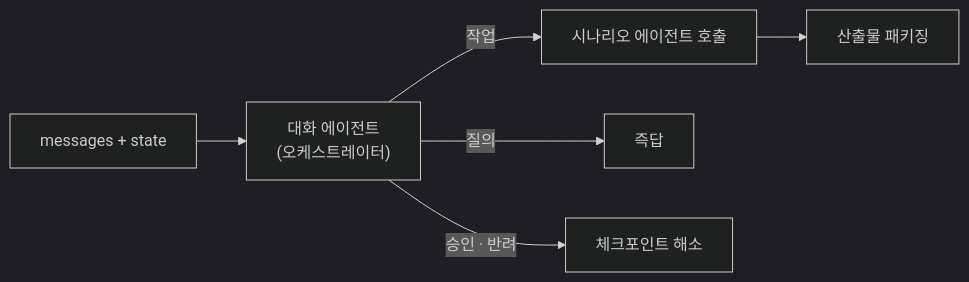
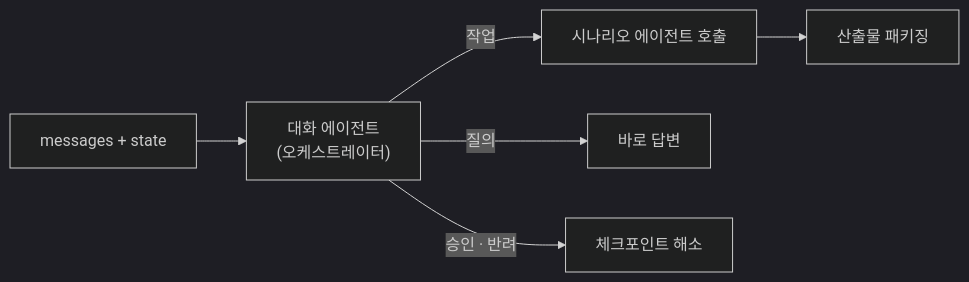
The first of 2 diagrams in docs/agents/dialog.md (Doc-AI-Agent-development/Doc-AI-Agent-development.github.io), drawn with Mermaid (dark theme) before and after one commit. The commit also changed other lines of this file and 3 other files, not shown here.

First line of the commit message:
Refine 4 agent diagrams and wording

````diff
--- a/docs/agents/dialog.md
+++ b/docs/agents/dialog.md
@@ -27,8 +27,8 @@
 ```mermaid
 flowchart LR
     IN["messages + state"] --> SVC["대화 에이전트<br/>(오케스트레이터)"]
     SVC -->|"작업"| TASK["시나리오 에이전트 호출"]
-    SVC -->|"질의"| ANS["즉답"]
+    SVC -->|"질의"| ANS["바로 답변"]
     SVC -->|"승인 · 반려"| CK["체크포인트 해소"]
     TASK --> PKG["산출물 패키징"]
 ```
````
